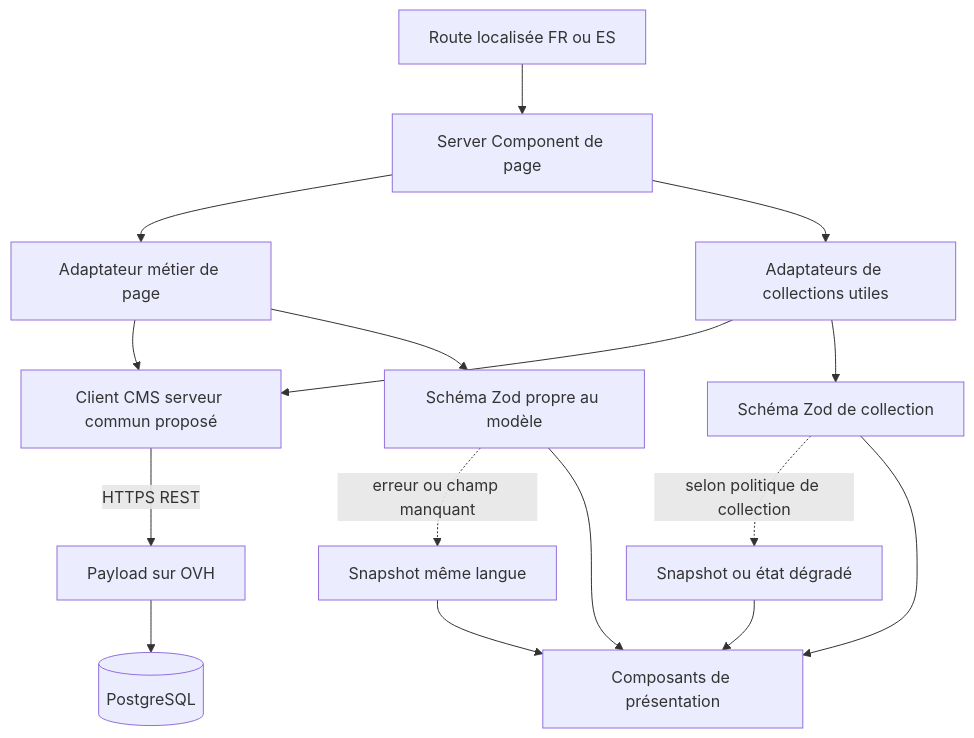
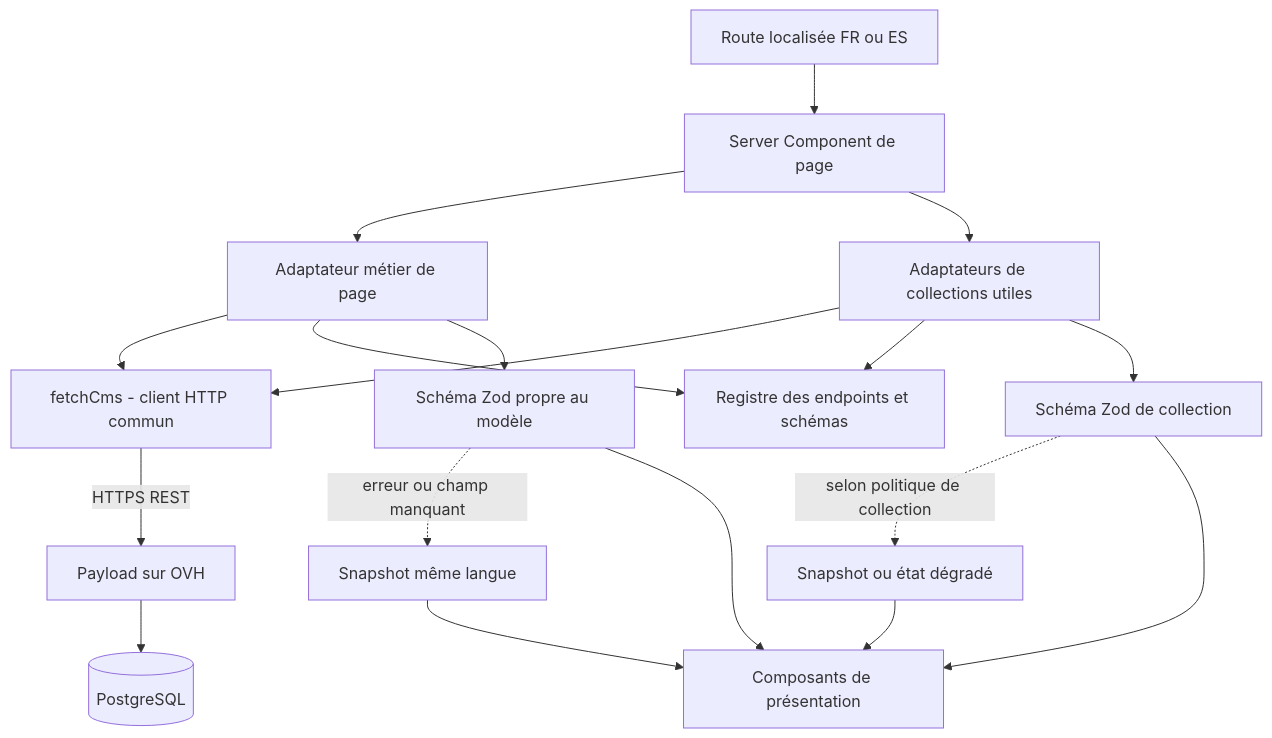
The diagram in docs/CMS_INTEGRATION.md (StudioFabrique/tiaki-website), drawn with Mermaid before and after one commit. The commit also changed other lines of this file and 9 other files, not shown here.

````diff
--- a/docs/CMS_INTEGRATION.md
+++ b/docs/CMS_INTEGRATION.md
@@ -34,18 +36,20 @@
 ```mermaid
 flowchart TD
     R[Route localisée FR ou ES] --> P[Server Component de page]
     P --> G[Adaptateur métier de page]
     P --> C[Adaptateurs de collections utiles]
-    G --> HTTP[Client CMS serveur commun proposé]
+    G --> HTTP[fetchCms - client HTTP commun]
     C --> HTTP
+    G --> REG[Registre des endpoints et schémas]
+    C --> REG
     HTTP -->|HTTPS REST| CMS[Payload sur OVH]
     CMS --> DB[(PostgreSQL)]
     G --> Z[Schéma Zod propre au modèle]
     C --> W[Schéma Zod de collection]
     Z -. erreur ou champ manquant .-> F[Snapshot même langue]
     W -. selon politique de collection .-> F2[Snapshot ou état dégradé]
     Z --> UI[Composants de présentation]
     W --> UI
     F --> UI
     F2 --> UI
 ```
````
